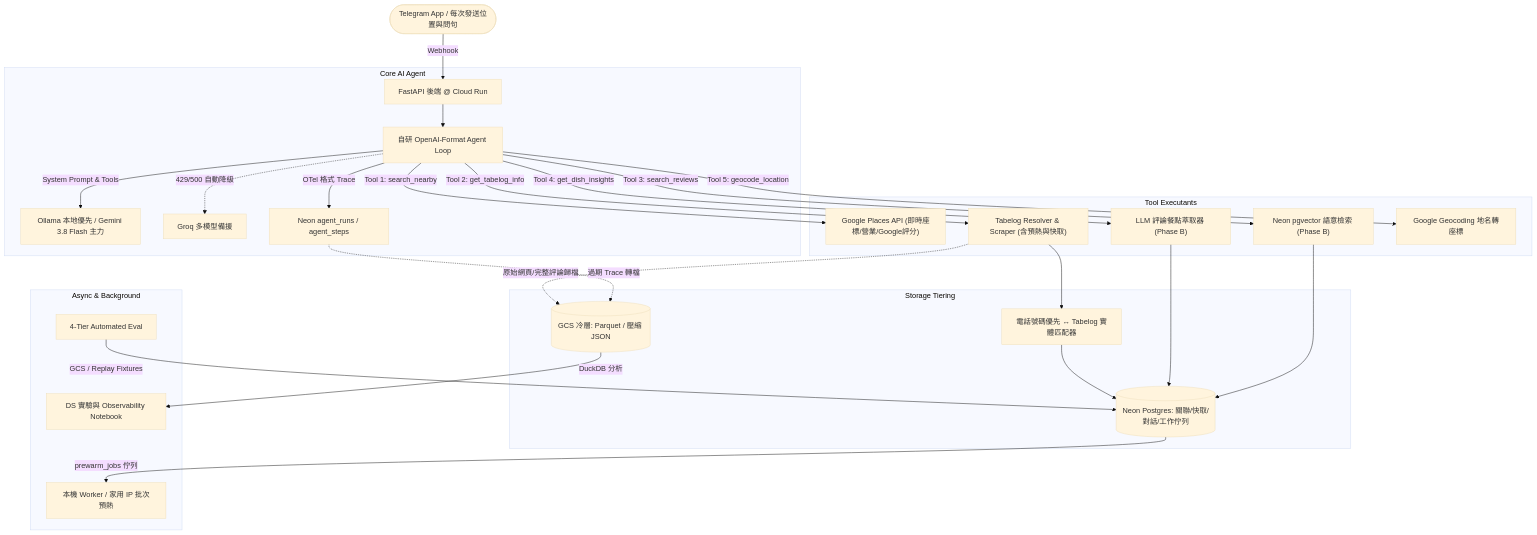
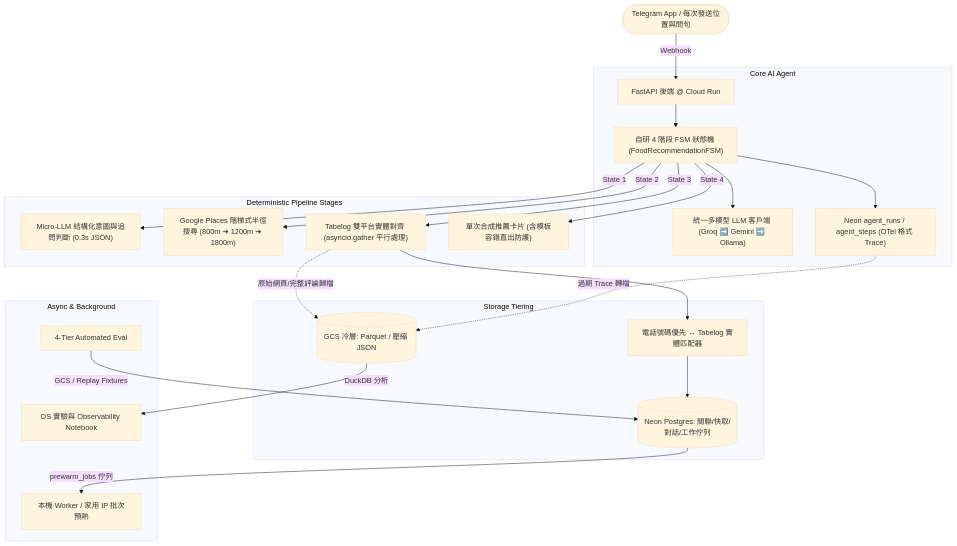
The first of 3 diagrams in docs/ARCHITECTURE.md (AnnieeLiuu/pickforme), drawn with Mermaid (base theme) before and after one commit. The commit also changed other lines of this file and 11 other files, not shown here.

Commit message:
refactor(agent): migrate to 4-stage FSM pipeline and clean obsolete docs

````diff
--- a/docs/ARCHITECTURE.md
+++ b/docs/ARCHITECTURE.md
@@ -9,35 +9,31 @@
 ```mermaid
 graph TD
     User(["Telegram App / 每次發送位置與問句"]) -->|Webhook| Server["FastAPI 後端 @ Cloud Run"]
     
     subgraph Core AI Agent
-        Server --> CoreLoop["自研 OpenAI-Format Agent Loop"]
-        CoreLoop -->|System Prompt & Tools| Ollama["Ollama 本地優先 / Gemini 3.8 Flash 主力"]
-        CoreLoop -.->|429/500 自動降級| Groq["Groq 多模型備援"]
-        CoreLoop -->|OTel 格式 Trace| TraceLogger["Neon agent_runs / agent_steps"]
+        Server --> FSM["自研 4 階段 FSM 狀態機 (FoodRecommendationFSM)"]
+        FSM --> LLMClient["統一多模型 LLM 客戶端 (Groq ➡️ Gemini ➡️ Ollama)"]
+        FSM --> TraceLogger["Neon agent_runs / agent_steps (OTel 格式 Trace)"]
     end
     
-    subgraph Tool Executants
-        CoreLoop -->|Tool 1: search_nearby| GoogleAPI["Google Places API (即時座標/營業/Google評分)"]
-        CoreLoop -->|Tool 2: get_tabelog_info| TabelogService["Tabelog Resolver & Scraper (含預熱與快取)"]
-        CoreLoop -->|Tool 3: search_reviews| VectorSearch["Neon pgvector 語意檢索 (Phase B)"]
-        CoreLoop -->|Tool 4: get_dish_insights| DishExtractor["LLM 評論餐點萃取器 (Phase B)"]
-        CoreLoop -->|Tool 5: geocode_location| Geocoder["Google Geocoding 地名轉座標"]
+    subgraph Deterministic Pipeline Stages
+        FSM -->|State 1| S1["Micro-LLM 結構化意圖與追問判斷 (0.3s JSON)"]
+        FSM -->|State 2| S2["Google Places 階梯式半徑搜尋 (800m ➔ 1200m ➔ 1800m)"]
+        FSM -->|State 3| S3["Tabelog 雙平台實體對齊 (asyncio.gather 平行處理)"]
+        FSM -->|State 4| S4["單次合成推薦卡片 (含模板容錯直出防護)"]
     end
     
     subgraph Storage Tiering
-        TabelogService --> EntityMatch["電話號碼優先 ↔ Tabelog 實體匹配器"]
+        S3 --> EntityMatch["電話號碼優先 ↔ Tabelog 實體匹配器"]
         EntityMatch --> HotDB[("Neon Postgres: 關聯/快取/對話/工作佇列")]
-        DishExtractor --> HotDB
-        VectorSearch --> HotDB
         
-        TabelogService -.->|原始網頁/完整評論歸檔| ColdStorage[("GCS 冷層: Parquet / 壓縮 JSON")]
+        S3 -.->|原始網頁/完整評論歸檔| ColdStorage[("GCS 冷層: Parquet / 壓縮 JSON")]
         TraceLogger -.->|過期 Trace 轉檔| ColdStorage
     end
 
     subgraph Async & Background
         HotDB -->|prewarm_jobs 佇列| LocalWorker["本機 Worker / 家用 IP 批次預熱"]
         ColdStorage -->|DuckDB 分析| Notebook["DS 實驗與 Observability Notebook"]
         EvalHarness["4-Tier Automated Eval"] -->|GCS / Replay Fixtures| HotDB
     end
 ```
````
